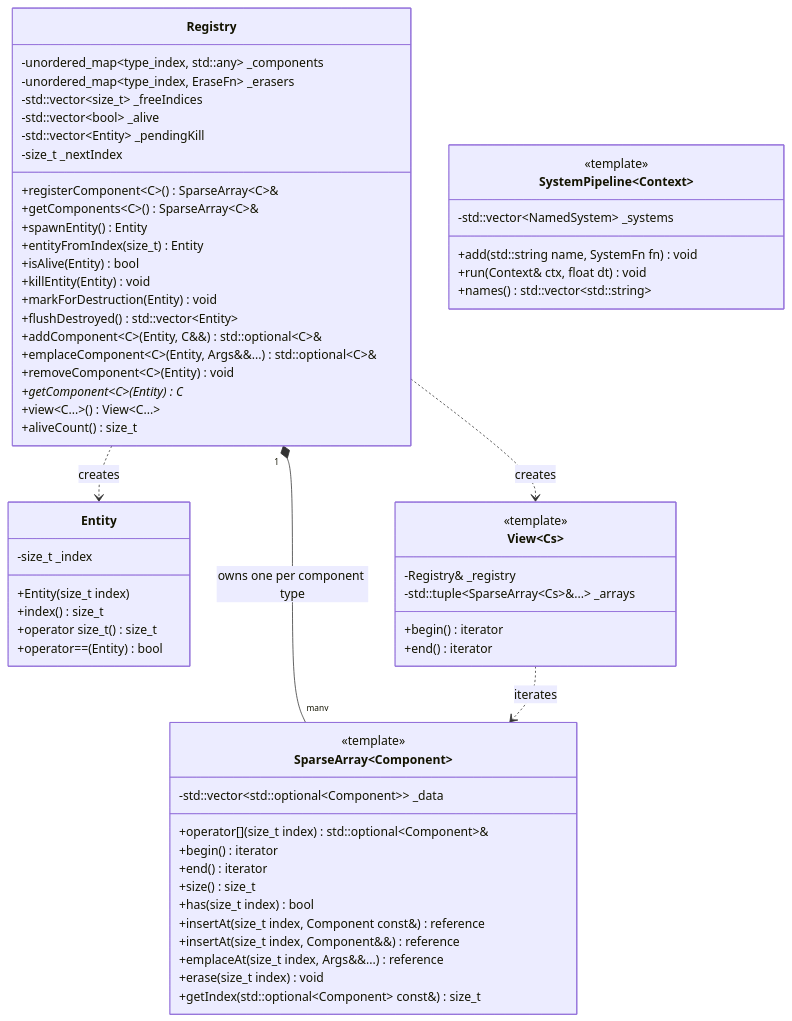
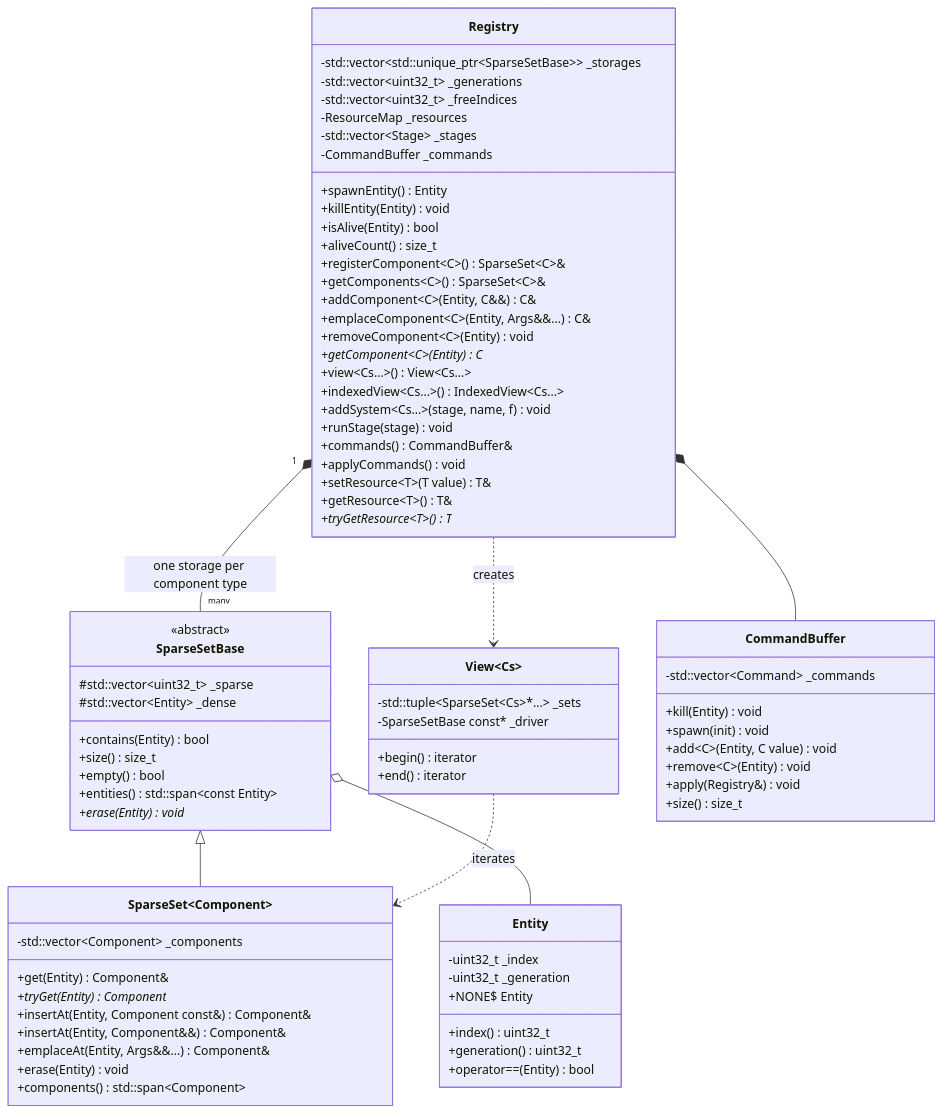
Before and after one commit to janumaruku/r-type: the second of 6 diagrams in docs/modules/engine.md, drawn with Mermaid. The commit also changed other lines of this file and 10 other files, not shown here.

````diff
--- a/docs/modules/engine.md
+++ b/docs/modules/engine.md
@@ -212,64 +216,79 @@
 ```mermaid
 classDiagram
     class Entity {
-        -size_t _index
-        +Entity(size_t index)
-        +index() size_t
-        +operator size_t() size_t
+        -uint32_t _index
+        -uint32_t _generation
+        +index() uint32_t
+        +generation() uint32_t
         +operator==(Entity) bool
+        +NONE$ Entity
     }
-    class SparseArray~Component~ {
-        <<template>>
-        -std::vector~std::optional~Component~~ _data
-        +operator[](size_t index) std::optional~Component~&
-        +begin() iterator
-        +end() iterator
+    class SparseSetBase {
+        <<abstract>>
+        #std::vector~uint32_t~ _sparse
+        #std::vector~Entity~ _dense
+        +contains(Entity) bool
         +size() size_t
-        +has(size_t index) bool
-        +insertAt(size_t index, Component const&) reference
-        +insertAt(size_t index, Component&&) reference
-        +emplaceAt(size_t index, Args&&...) reference
-        +erase(size_t index) void
-        +getIndex(std::optional~Component~ const&) size_t
+        +empty() bool
+        +entities() std::span~const Entity~
+        +erase(Entity)* void
+    }
+    class SparseSet~Component~ {
+        -std::vector~Component~ _components
+        +get(Entity) Component&
+        +tryGet(Entity) Component*
+        +insertAt(Entity, Component const&) Component&
+        +insertAt(Entity, Component&&) Component&
+        +emplaceAt(Entity, Args&&...) Component&
+        +erase(Entity) void
+        +components() std::span~Component~
     }
     class Registry {
-        -unordered_map~type_index, std::any~ _components
-        -unordered_map~type_index, EraseFn~ _erasers
-        -std::vector~size_t~ _freeIndices
-        -std::vector~bool~ _alive
-        -std::vector~Entity~ _pendingKill
-        -size_t _nextIndex
-        +registerComponent~C~() SparseArray~C~&
-        +getComponents~C~() SparseArray~C~&
+        -std::vector~std::unique_ptr~SparseSetBase~~ _storages
+        -std::vector~uint32_t~ _generations
+        -std::vector~uint32_t~ _freeIndices
+        -ResourceMap _resources
+        -std::vector~Stage~ _stages
+        -CommandBuffer _commands
         +spawnEntity() Entity
-        +entityFromIndex(size_t) Entity
+        +killEntity(Entity) void
         +isAlive(Entity) bool
-        +killEntity(Entity) void
-        +markForDestruction(Entity) void
-        +flushDestroyed() std::vector~Entity~
-        +addComponent~C~(Entity, C&&) std::optional~C~&
-        +emplaceComponent~C~(Entity, Args&&...) std::optional~C~&
+        +aliveCount() size_t
+        +registerComponent~C~() SparseSet~C~&
+        +getComponents~C~() SparseSet~C~&
+        +addComponent~C~(Entity, C&&) C&
+        +emplaceComponent~C~(Entity, Args&&...) C&
         +removeComponent~C~(Entity) void
         +getComponent~C~(Entity) C*
-        +view~C...~() View~C...~
-        +aliveCount() size_t
+        +view~Cs...~() View~Cs...~
+        +indexedView~Cs...~() IndexedView~Cs...~
+        +addSystem~Cs...~(stage, name, f) void
+        +runStage(stage) void
+        +commands() CommandBuffer&
+        +applyCommands() void
+        +setResource~T~(T value) T&
+        +getResource~T~() T&
+        +tryGetResource~T~() T*
     }
     class View~Cs~ {
-        <<template>>
-        -Registry& _registry
-        -std::tuple~SparseArray~Cs~&...~ _arrays
+        -std::tuple~SparseSet~Cs~*...~ _sets
+        -SparseSetBase const* _driver
         +begin() iterator
         +end() iterator
     }
-    class SystemPipeline~Context~ {
-        <<template>>
-        -std::vector~NamedSystem~ _systems
-        +add(std::string name, SystemFn fn) void
-        +run(Context& ctx, float dt) void
-        +names() std::vector~std::string~
+    class CommandBuffer {
+        -std::vector~Command~ _commands
+        +kill(Entity) void
+        +spawn(init) void
+        +add~C~(Entity, C value) void
+        +remove~C~(Entity) void
+        +apply(Registry&) void
+        +size() size_t
     }
-    Registry "1" *-- "many" SparseArray : owns one per component type
-    Registry ..> Entity : creates
+    SparseSetBase <|-- SparseSet
+    Registry "1" *-- "many" SparseSetBase : one storage per component type
+    Registry *-- CommandBuffer
     Registry ..> View : creates
-    View ..> SparseArray : iterates
+    View ..> SparseSet : iterates
+    SparseSetBase o-- Entity
 ```
````
